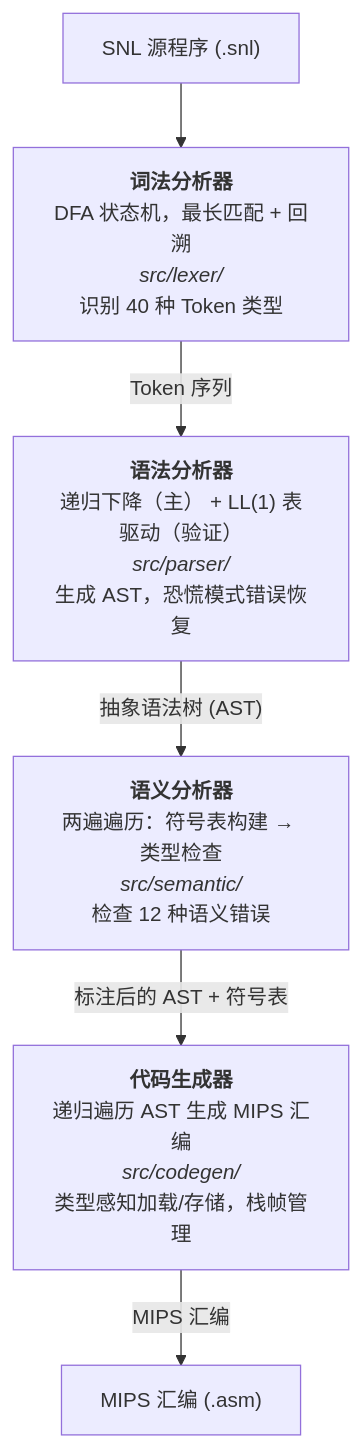
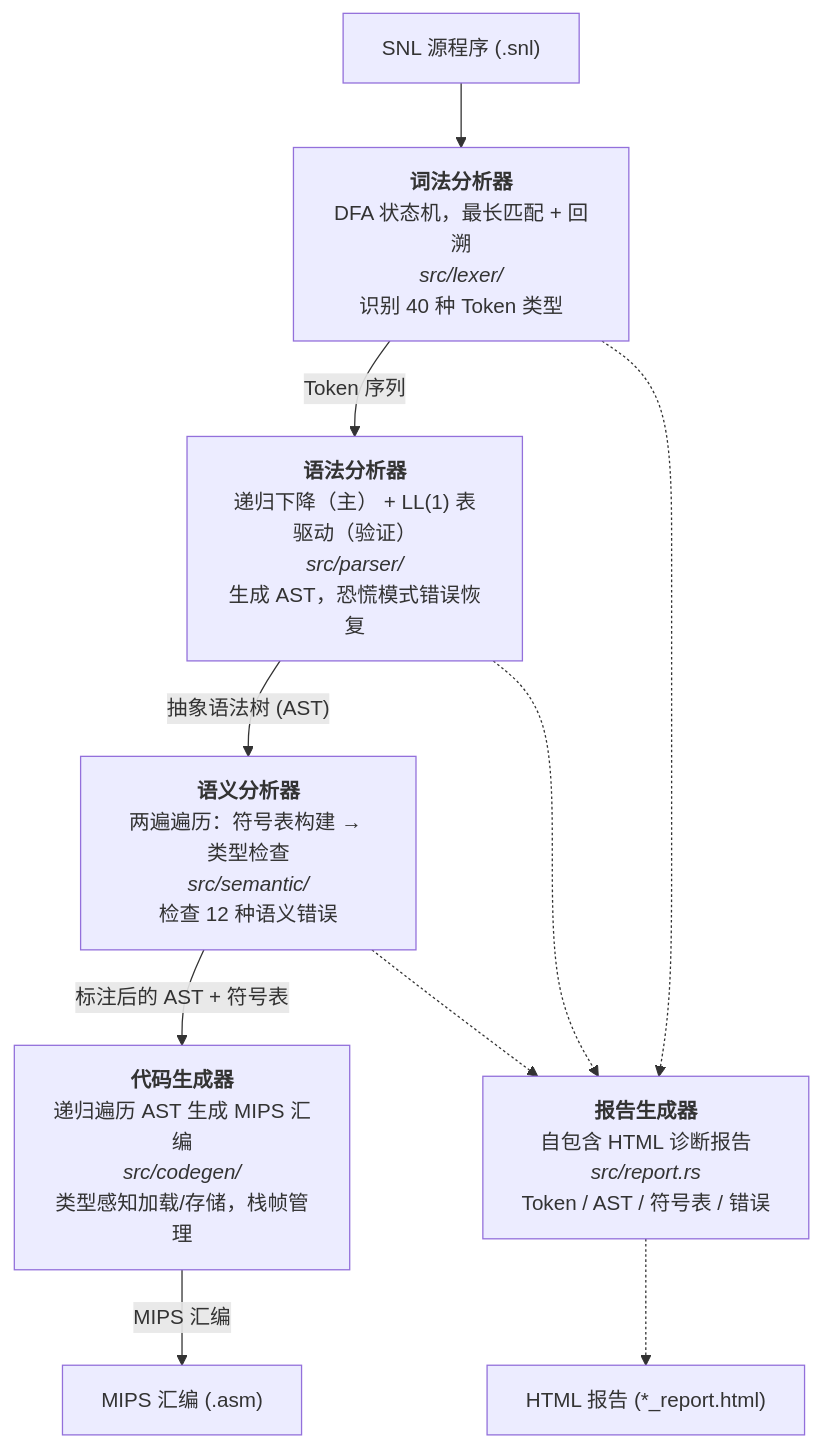
One commit to ExTNT/snl_compiler changed the diagram in doc/report.md. Above: the diagram before and after it, drawn with Mermaid. The commit also changed other lines of this file and 6 other files, not shown here.

Commit message:
Extract HTML report generation into dedicated `src/report.rs` module

````diff
--- a/doc/report.md
+++ b/doc/report.md
@@ -77,15 +77,21 @@
 ```mermaid
 flowchart TD
     SRC["SNL 源程序 (.snl)"]
     LEX["<b>词法分析器</b><br/>DFA 状态机，最长匹配 + 回溯<br/><i>src/lexer/</i><br/>识别 40 种 Token 类型"]
     PARSE["<b>语法分析器</b><br/>递归下降（主） + LL(1) 表驱动（验证）<br/><i>src/parser/</i><br/>生成 AST，恐慌模式错误恢复"]
     SEM["<b>语义分析器</b><br/>两遍遍历：符号表构建 → 类型检查<br/><i>src/semantic/</i><br/>检查 12 种语义错误"]
     CG["<b>代码生成器</b><br/>递归遍历 AST 生成 MIPS 汇编<br/><i>src/codegen/</i><br/>类型感知加载/存储，栈帧管理"]
+    REP["<b>报告生成器</b><br/>自包含 HTML 诊断报告<br/><i>src/report.rs</i><br/>Token / AST / 符号表 / 错误"]
     ASM["MIPS 汇编 (.asm)"]
+    HTML["HTML 报告 (*_report.html)"]
 
     SRC --> LEX
     LEX -->|"Token 序列"| PARSE
     PARSE -->|"抽象语法树 (AST)"| SEM
     SEM -->|"标注后的 AST + 符号表"| CG
     CG -->|"MIPS 汇编"| ASM
+    LEX -.-> REP
+    PARSE -.-> REP
+    SEM -.-> REP
+    REP -.-> HTML
 ```
````
